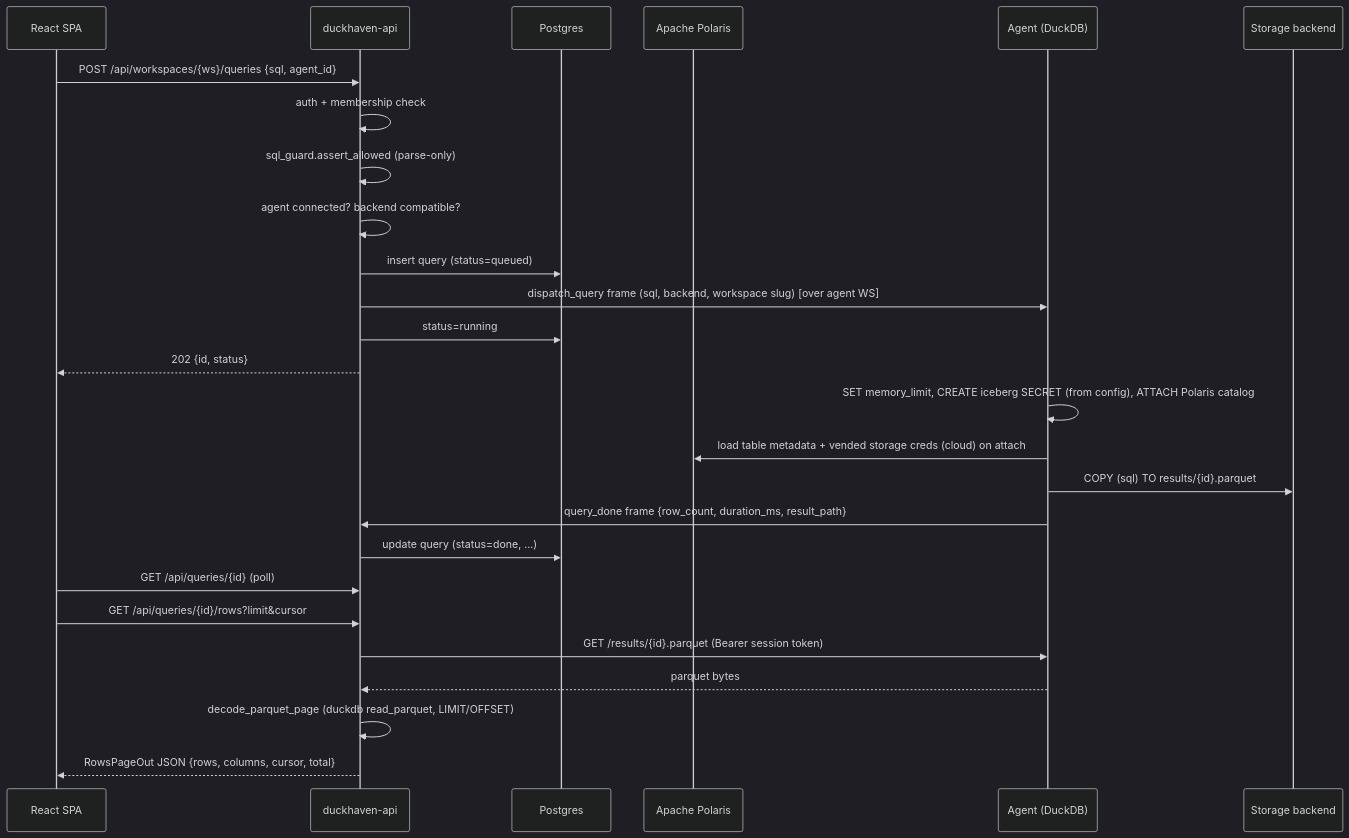
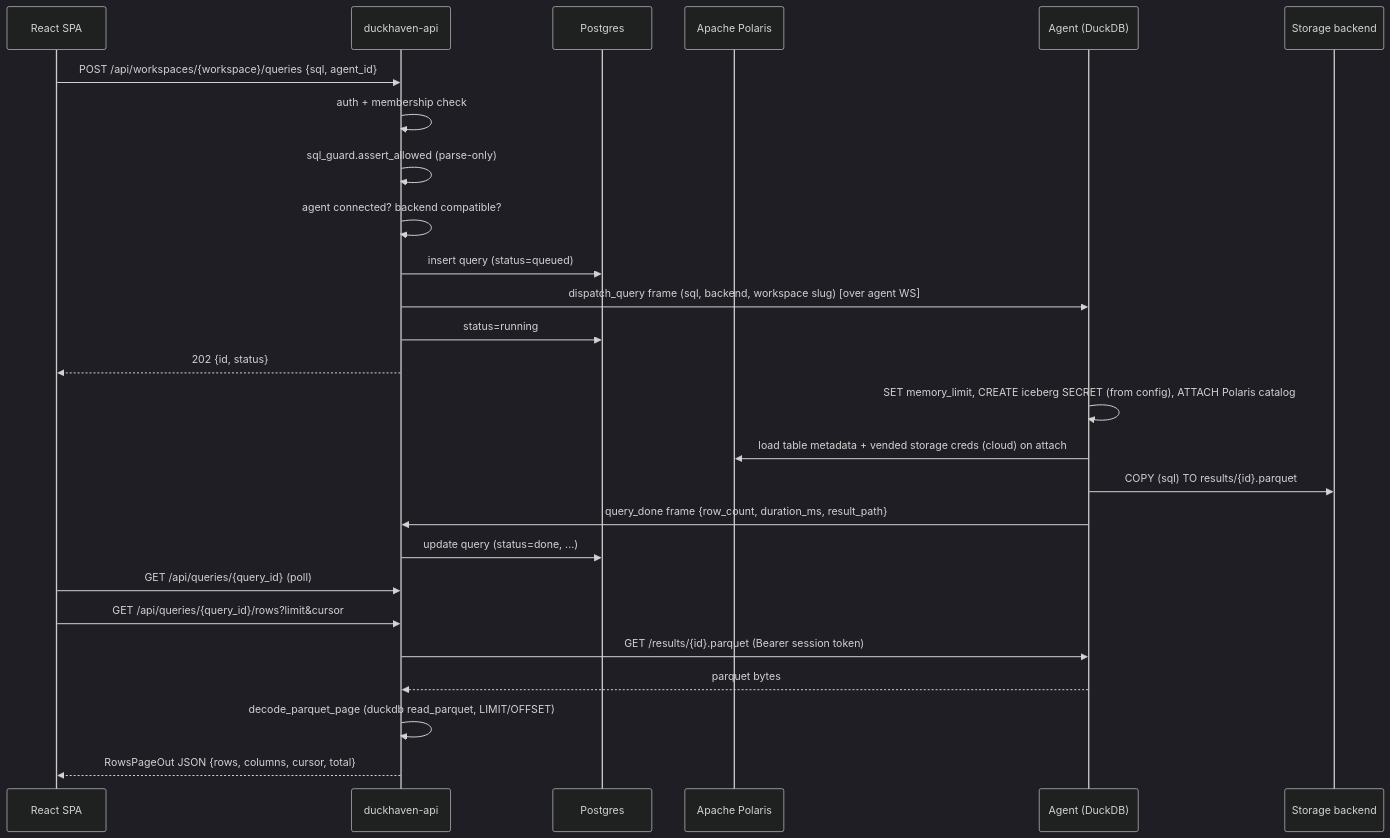
One commit to tamasmrtn/duckhaven changed the third of 4 diagrams in docs/concepts/architecture.md. Above: the diagram before and after it, drawn with Mermaid (dark theme). The commit also changed other lines of this file and 8 other files, not shown here.

````diff
--- a/docs/concepts/architecture.md
+++ b/docs/concepts/architecture.md
@@ -575,31 +575,31 @@
 ```mermaid
 sequenceDiagram
     participant UI as React SPA
     participant API as duckhaven-api
     participant PG as Postgres
     participant Polaris as Apache Polaris
     participant AG as Agent (DuckDB)
     participant ST as Storage backend
 
-    UI->>API: POST /api/workspaces/{ws}/queries {sql, agent_id}
+    UI->>API: POST /api/workspaces/{workspace}/queries {sql, agent_id}
     API->>API: auth + membership check
     API->>API: sql_guard.assert_allowed (parse-only)
     API->>API: agent connected? backend compatible?
     API->>PG: insert query (status=queued)
     API->>AG: dispatch_query frame (sql, backend, workspace slug) [over agent WS]
     API->>PG: status=running
     API-->>UI: 202 {id, status}
 
     AG->>AG: SET memory_limit, CREATE iceberg SECRET (from config), ATTACH Polaris catalog
     AG->>Polaris: load table metadata + vended storage creds (cloud) on attach
     AG->>ST: COPY (sql) TO results/{id}.parquet
     AG->>API: query_done frame {row_count, duration_ms, result_path}
     API->>PG: update query (status=done, ...)
 
-    UI->>API: GET /api/queries/{id} (poll)
-    UI->>API: GET /api/queries/{id}/rows?limit&cursor
+    UI->>API: GET /api/queries/{query_id} (poll)
+    UI->>API: GET /api/queries/{query_id}/rows?limit&cursor
     API->>AG: GET /results/{id}.parquet (Bearer session token)
     AG-->>API: parquet bytes
     API->>API: decode_parquet_page (duckdb read_parquet, LIMIT/OFFSET)
     API-->>UI: RowsPageOut JSON {rows, columns, cursor, total}
 ```
````
